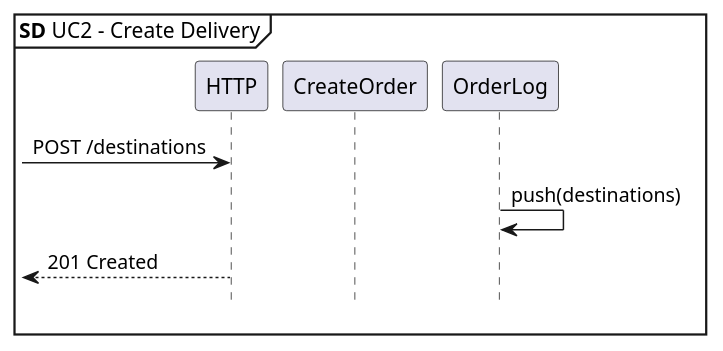
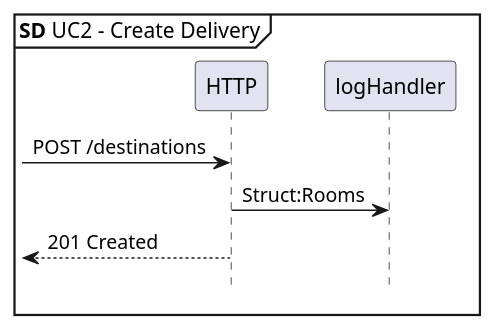
The diagram in docs/diagrams/Plantuml/apModel/uc2sd-server.puml (lineklemensen/PRJ3), drawn with PlantUML before and after one commit. The commit also changed 1 other file, not shown here.

```diff
--- a/docs/diagrams/Plantuml/apModel/uc2sd-server.puml
+++ b/docs/diagrams/Plantuml/apModel/uc2sd-server.puml
@@ -1,17 +1,16 @@
 @startuml SD UC2 - Create Delivery
 
 mainframe **SD** UC2 - Create Delivery
 hide footbox
 
 participant HTTP
-participant CreateOrder as co
-participant OrderLog as ol
+participant logHandler as oh
 
 
 
 [-> HTTP : POST /destinations
-ol -> ol : push(destinations)
+HTTP -> oh : Struct:Rooms
 [<-- HTTP : 201 Created
 
 
 @enduml
```
